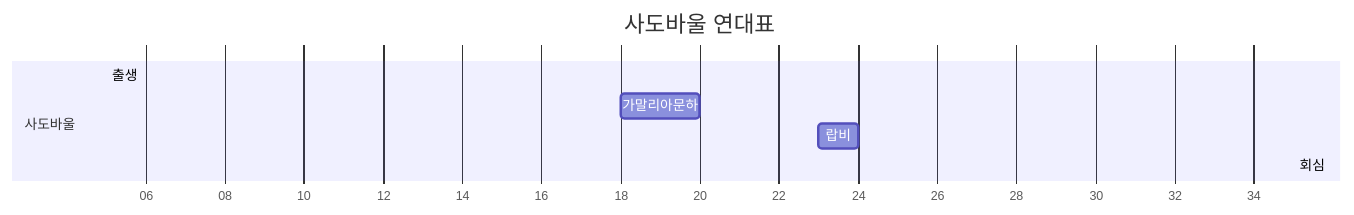
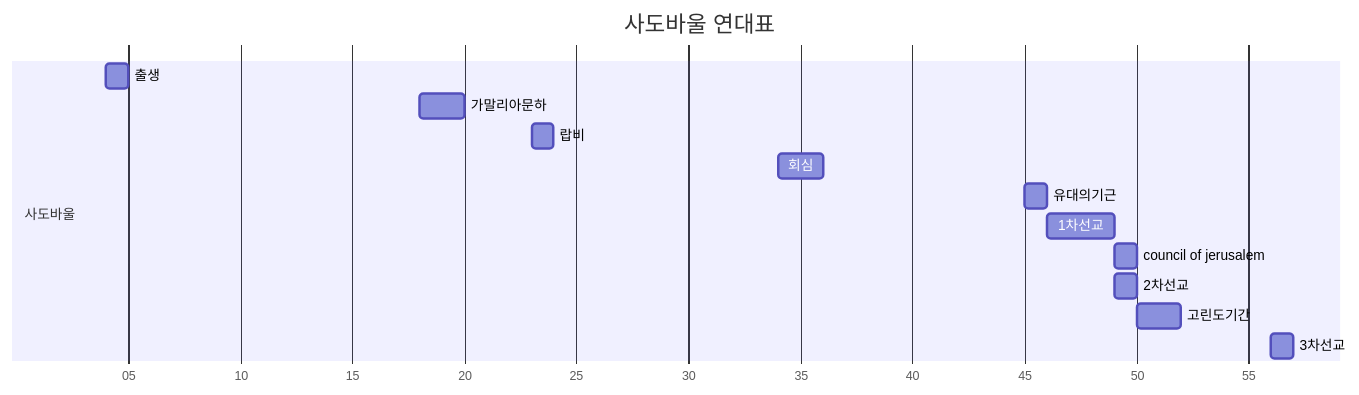
The diagram in 기독교/바울타임라인.md (daewonyoon/historigram), drawn with Mermaid before and after one commit. The commit also changed 1 other file, not shown here.

Commit message:
바울, 송조

````diff
--- a/기독교/바울타임라인.md
+++ b/기독교/바울타임라인.md
@@ -1,16 +1,22 @@
 ```mermaid
 gantt
     title 사도바울 연대표
     dateFormat YY
     axisFormat %y
     section 사도바울
 
-        출생 : 05, 05
+        출생 : 04, 05
         가말리아문하 : 18, 20
         랍비 : 23, 24
-        회심 : 35, 35
+        회심 : 34, 36
+        유대의기근 : 45, 46
+        1차선교 : 46, 49
+        council of jerusalem : 49, 50
+        2차선교 : 49, 50
+        고린도기간 : 50, 52
+        3차선교 : 56, 57
 
 
 
           
 ```          
````
